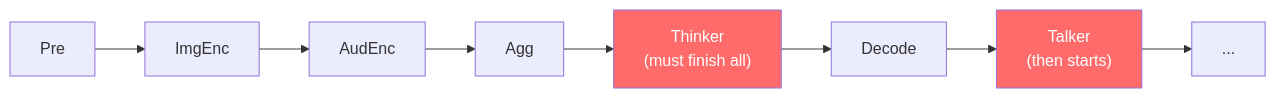
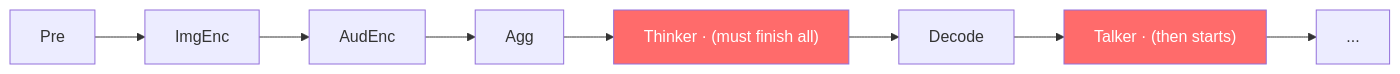
The fourth of 27 diagrams in sglang/sglang-omni/README.md (zhaochenyang20/Awesome-ML-SYS-Tutorial), drawn with Mermaid before and after one commit. The commit also changed other lines of this file, not shown here.

First line of the commit message:
docs(sglang-omni): use single-line mermaid labels and redraw multi-model diagram with subgraphs

````diff
--- a/sglang/sglang-omni/README.md
+++ b/sglang/sglang-omni/README.md
@@ -250,9 +271,7 @@
 ```mermaid
 graph LR
-    S1["Pre"] --> S2["ImgEnc"] --> S3["AudEnc"] --> S4["Agg"] --> S5["`Thinker
-(must finish all)`"] --> S6["Decode"] --> S7["`Talker
-(then starts)`"] --> S8["..."]
+    S1["Pre"] --> S2["ImgEnc"] --> S3["AudEnc"] --> S4["Agg"] --> S5["Thinker · (must finish all)"] --> S6["Decode"] --> S7["Talker · (then starts)"] --> S8["..."]
 
     style S5 fill:#ff6b6b,color:#fff
     style S7 fill:#ff6b6b,color:#fff
 ```
````
